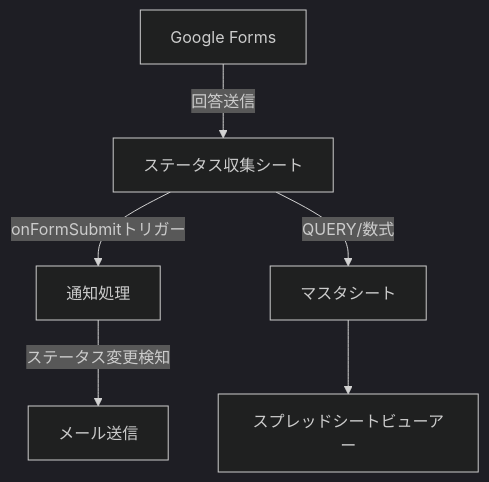
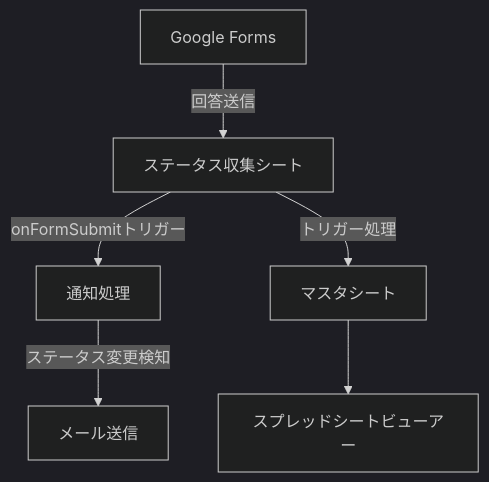
One commit to h-sotokawa/delta changed the second of 3 diagrams in .doc/03_design/01_data_design.md. Above: the diagram before and after it, drawn with Mermaid (dark theme). The commit also changed other lines of this file and 7 other files, not shown here.

````diff
--- a/.doc/03_design/01_data_design.md
+++ b/.doc/03_design/01_data_design.md
@@ -689,8 +688,8 @@
 ```mermaid
 graph TD
     A[Google Forms] -->|回答送信| B[ステータス収集シート]
     B -->|onFormSubmitトリガー| C[通知処理]
     C -->|ステータス変更検知| D[メール送信]
-    B -->|QUERY/数式| E[マスタシート]
+    B -->|トリガー処理| E[マスタシート]
     E --> F[スプレッドシートビューアー]
 ```
````
